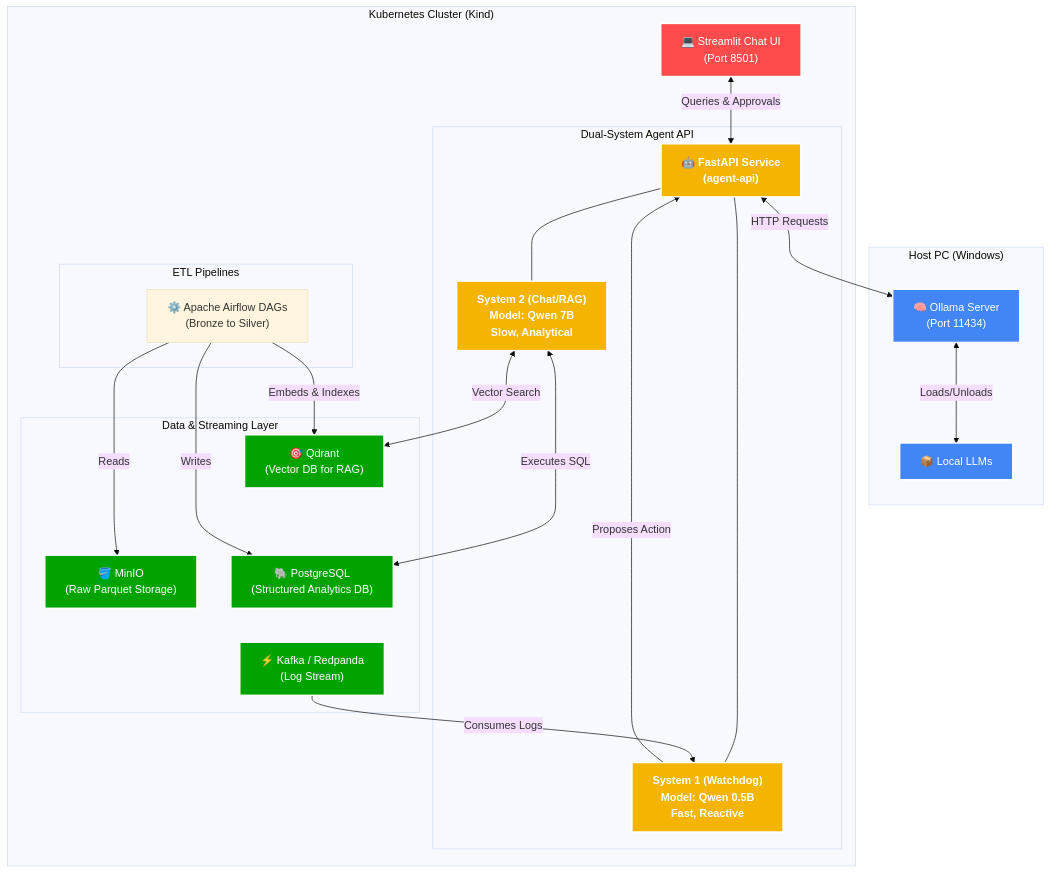
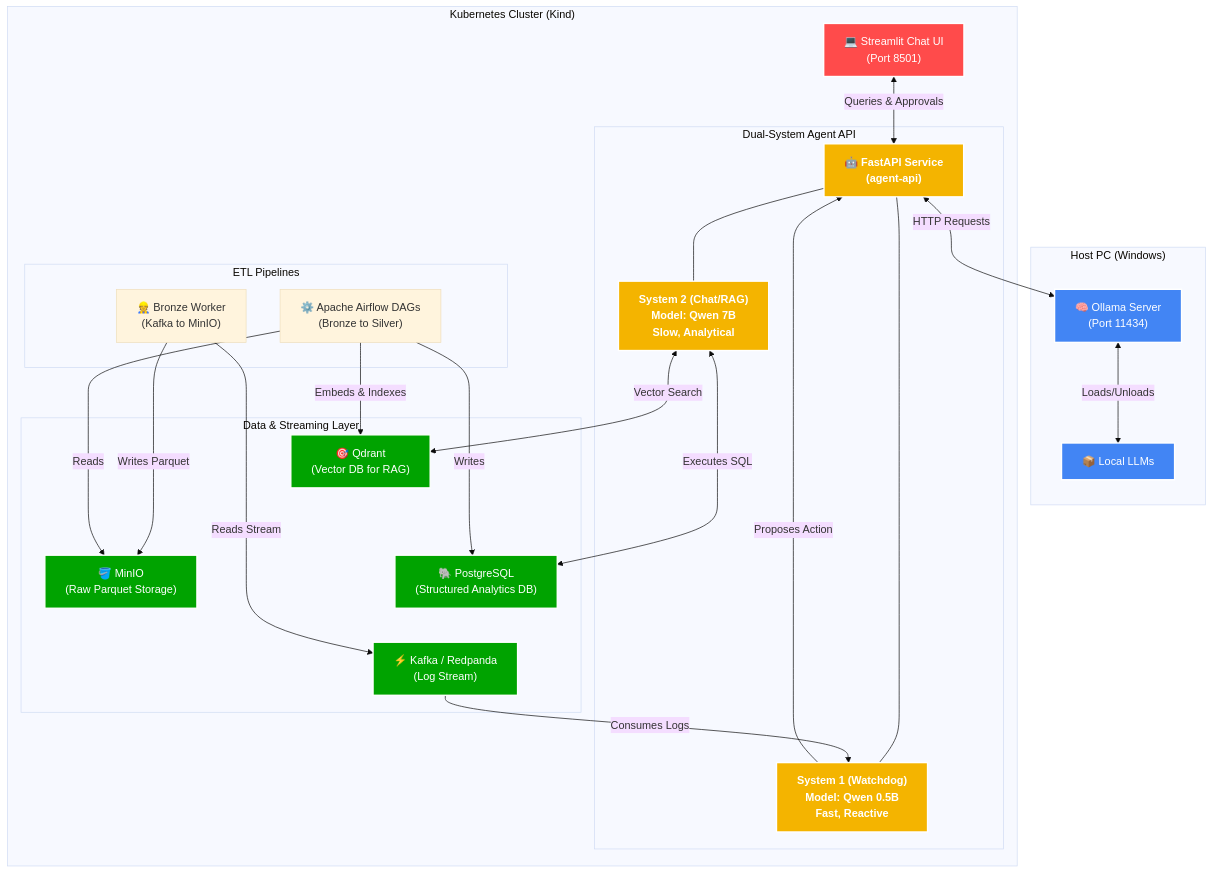
One commit to maayankaidar/dual-system-agents changed the diagram in README.md. Above: the diagram before and after it, drawn with Mermaid (base theme).

Commit message:
Update diagram: Add BronzeWorker linking Kafka to MinIO

````diff
--- a/README.md
+++ b/README.md
@@ -7,61 +7,66 @@
 ```mermaid
 flowchart TD
     %% Define Styles
     classDef k8s fill:#326ce5,stroke:#fff,stroke-width:2px,color:#fff;
     classDef host fill:#4285F4,stroke:#fff,stroke-width:2px,color:#fff;
     classDef db fill:#00a300,stroke:#fff,stroke-width:2px,color:#fff;
     classDef ui fill:#ff4b4b,stroke:#fff,stroke-width:2px,color:#fff;
     classDef agent fill:#f4b400,stroke:#fff,stroke-width:2px,color:#fff,font-weight:bold;
 
     %% Host Machine Layer
     subgraph Host["Host PC (Windows)"]
         Ollama["🧠 Ollama Server<br>(Port 11434)"]:::host
         Models["📦 Local LLMs"]:::host
         Ollama <-->|Loads/Unloads| Models
     end
 
     %% Kubernetes Cluster Layer
     subgraph K8s["Kubernetes Cluster (Kind)"]
         UI["💻 Streamlit Chat UI<br>(Port 8501)"]:::ui
         
         subgraph Data["Data & Streaming Layer"]
             Qdrant["🎯 Qdrant<br>(Vector DB for RAG)"]:::db
             MinIO["🪣 MinIO<br>(Raw Parquet Storage)"]:::db
             Postgres["🐘 PostgreSQL<br>(Structured Analytics DB)"]:::db
             Kafka["⚡ Kafka / Redpanda<br>(Log Stream)"]:::db
             
             %% Layout hints: Qdrant top-left, Postgres below it, Kafka at bottom, MinIO top-right
             Qdrant ~~~ MinIO
             Qdrant ~~~ Postgres
             Postgres ~~~ Kafka
         end
 
         subgraph Orchestration["ETL Pipelines"]
+            BronzeWorker["👷 Bronze Worker<br>(Kafka to MinIO)"]
             Airflow["⚙️ Apache Airflow DAGs<br>(Bronze to Silver)"]
+            
+            BronzeWorker -->|Reads Stream| Kafka
+            BronzeWorker -->|Writes Parquet| MinIO
+            
             Airflow -->|Reads| MinIO
             Airflow -->|Writes| Postgres
             Airflow -->|Embeds & Indexes| Qdrant
         end
 
         subgraph Agents["Dual-System Agent API"]
             AgentAPI["🤖 FastAPI Service<br>(agent-api)"]:::agent
             
             Sys1["System 1 (Watchdog)<br>Model: Qwen 0.5B<br>Fast, Reactive"]:::agent
             Sys2["System 2 (Chat/RAG)<br>Model: Qwen 7B<br>Slow, Analytical"]:::agent
             
             AgentAPI --- Sys1
             AgentAPI --- Sys2
         end
 
     end
 
     %% Data Flow & Connections
     Kafka -->|Consumes Logs| Sys1
     Sys1 -->|Proposes Action| AgentAPI
     
     UI <-->|Queries & Approvals| AgentAPI
     Sys2 <-->|Vector Search| Qdrant
     Sys2 <-->|Executes SQL| Postgres
     
     AgentAPI <-->|HTTP Requests| Ollama
 ```
````
